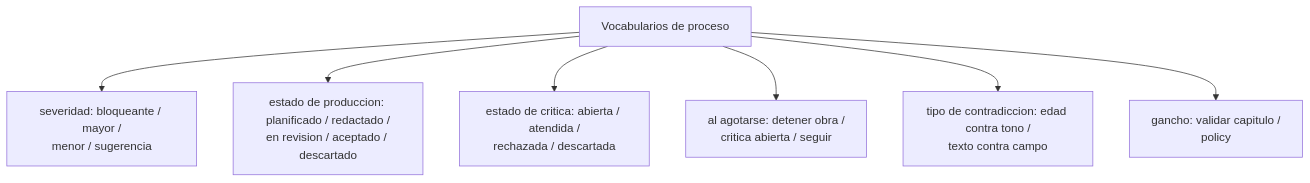
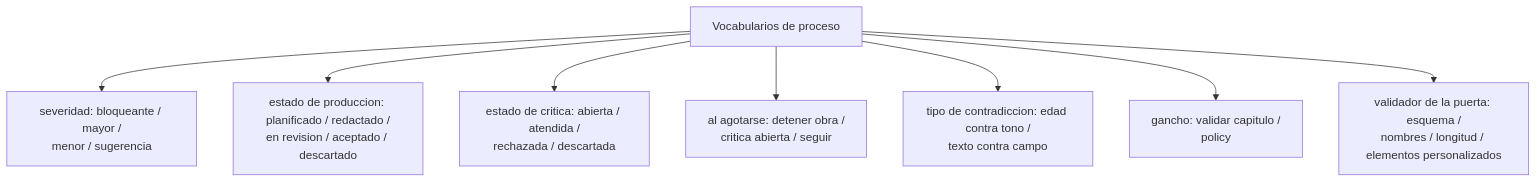
Before and after one commit to alvarofernandezqaracter/my-story-maker: the fifth of 10 diagrams in docs/architecture.md, drawn with Mermaid. The commit also changed other lines of this file and 1 other file, not shown here.

First line of the commit message:
docs: la puerta de publicacion y el hook de nombres en la documentacion

````diff
--- a/docs/architecture.md
+++ b/docs/architecture.md
@@ -215,9 +217,10 @@
 ```mermaid
 flowchart TD
   PROC[Vocabularios de proceso] --> SEV[severidad: bloqueante / mayor /<br/>menor / sugerencia]
   PROC --> EST[estado de produccion: planificado / redactado /<br/>en revision / aceptado / descartado]
   PROC --> CRI[estado de critica: abierta / atendida /<br/>rechazada / descartada]
   PROC --> AGO[al agotarse: detener obra /<br/>critica abierta / seguir]
   PROC --> CON[tipo de contradiccion: edad contra tono /<br/>texto contra campo]
   PROC --> GAN[gancho: validar capitulo /<br/>policy]
+  PROC --> PUE[validador de la puerta: esquema /<br/>nombres / longitud / elementos personalizados]
 ```
````
